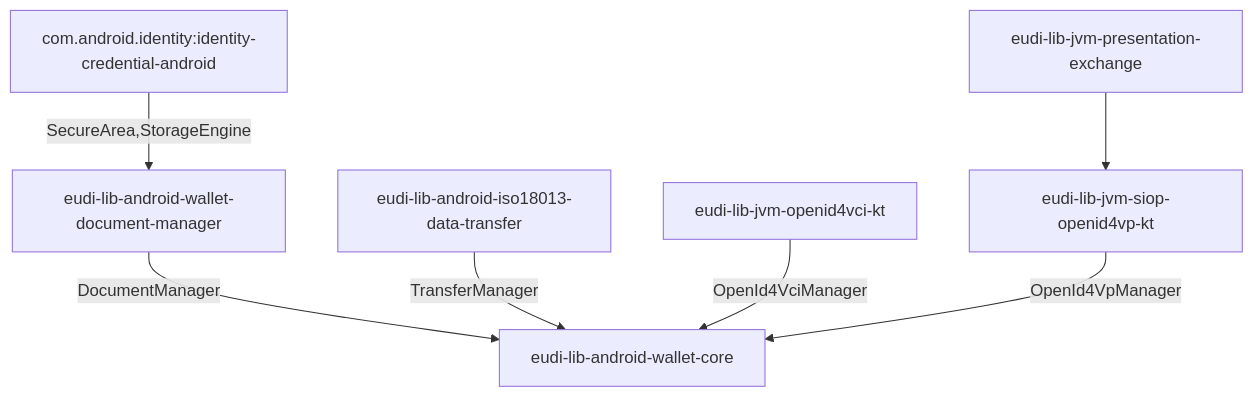
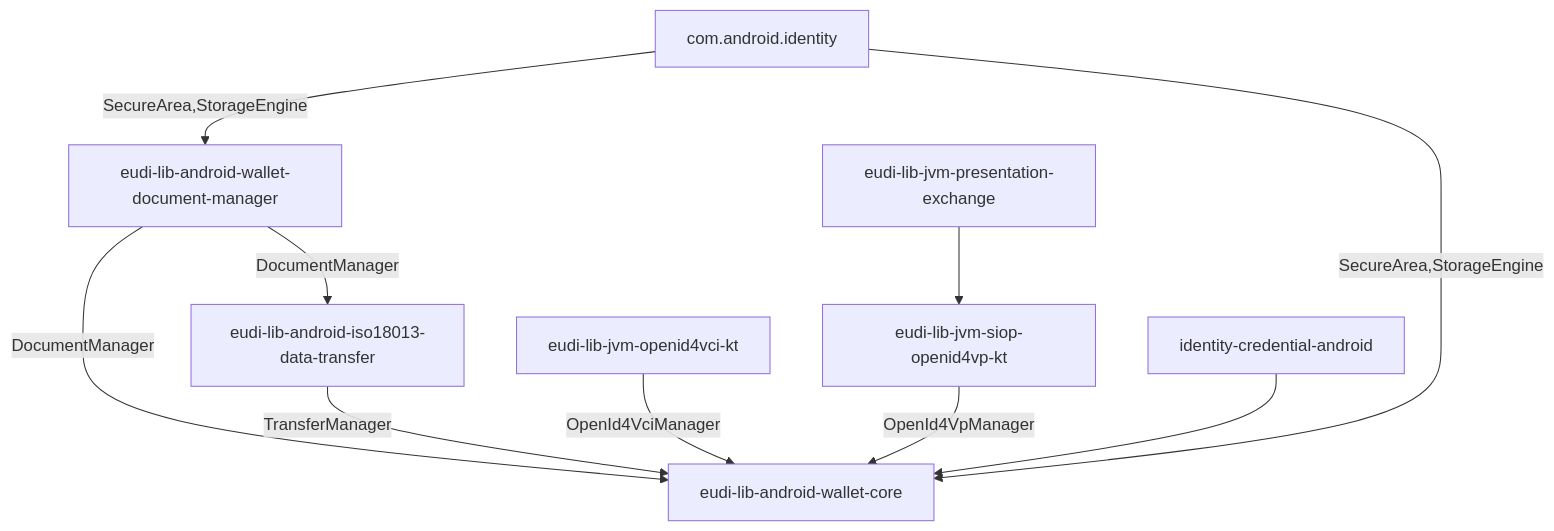
Before and after one commit to eu-digital-identity-wallet/eudi-lib-android-wallet-core: the diagram in README.md, drawn with Mermaid. The commit also changed other lines of this file, not shown here.

````diff
--- a/README.md
+++ b/README.md
@@ -15,11 +15,14 @@
 ```mermaid
 graph TD
 ;
     A[eudi-lib-android-wallet-core]
     B[eudi-lib-android-wallet-document-manager] -->|DocumentManager| A
     C[eudi-lib-android-iso18013-data-transfer] -->|TransferManager| A
     D[eudi-lib-jvm-openid4vci-kt] -->|OpenId4VciManager| A
     E[eudi-lib-jvm-siop-openid4vp-kt] -->|OpenId4VpManager| A
-    F[com.android.identity:identity-credential-android] -->|SecureArea,StorageEngine| B
+    F[com.android.identity] -->|SecureArea,StorageEngine| B
     H[eudi-lib-jvm-presentation-exchange] --> E 
+    G[identity-credential-android] --> A
+    B -->|DocumentManager| C
+    F -->|SecureArea,StorageEngine| A
 ```
````
